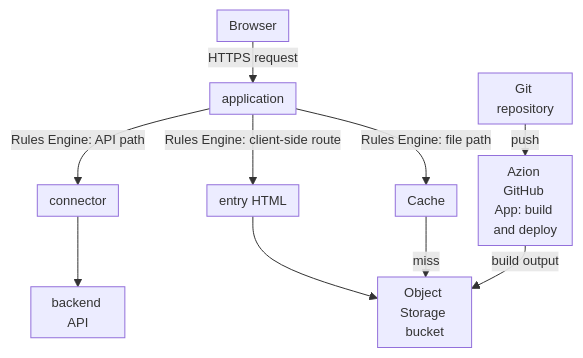
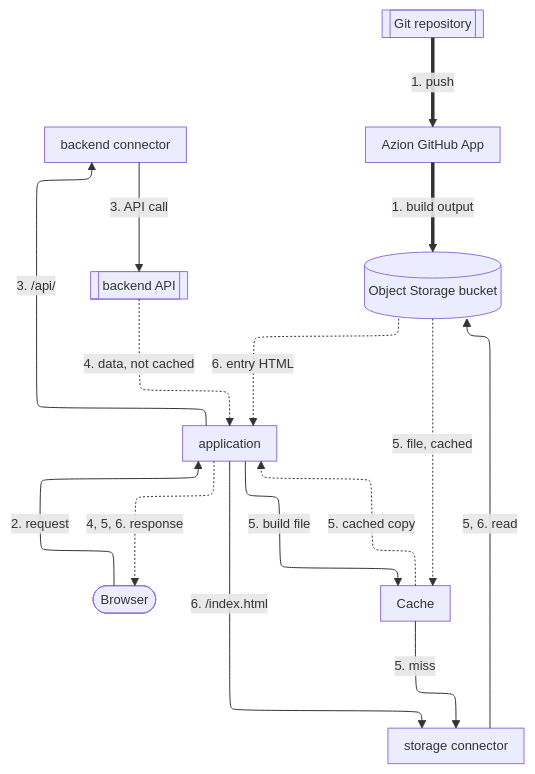
Before and after one commit to aziontech/docs: the diagram in apps/docs/src/content/docs/en/pages/use-cases/build-and-run-applications/deploy-frontend-applications.mdx, drawn with Mermaid. The commit also changed other lines of this file and 55 other files, not shown here.

Commit message:
docs(use-cases): redraw the use-case diagrams with the way back and check their claims (#2509)

````diff
--- a/apps/docs/src/content/docs/en/pages/use-cases/build-and-run-applications/deploy-frontend-applications.mdx
+++ b/apps/docs/src/content/docs/en/pages/use-cases/build-and-run-applications/deploy-frontend-applications.mdx
@@ -40,13 +42,27 @@
 ```mermaid
-%%{init: {"layout": "dagre", "themeVariables": {"fontSize": "13px"}, "flowchart": {"nodeSpacing": 12, "rankSpacing": 12, "padding": 6, "wrappingWidth": 70, "minNodeWidth": 40, "useMaxWidth": true}}}%%
+%%{init: {"layout": "elk", "elk": {"cycleBreakingStrategy": "MODEL_ORDER"}, "themeVariables": {"fontSize": "13px"}, "flowchart": {"nodeSpacing": 24, "rankSpacing": 36, "padding": 8, "wrappingWidth": 150, "useMaxWidth": true}, "sequence": {"width": 120, "actorMargin": 30, "useMaxWidth": true}}}%%
 flowchart TD
-  Repo["Git repository"] -->|"push"| GH["Azion GitHub App: build and deploy"]
-  GH -->|"build output"| Bucket["Object Storage bucket"]
-  Browser["Browser"] -->|"HTTPS request"| App["application"]
-  App -->|"Rules Engine: API path"| Conn["connector"]
-  Conn --> API["backend API"]
-  App -->|"Rules Engine: file path"| Cache["Cache"]
-  Cache -->|"miss"| Bucket
-  App -->|"Rules Engine: client-side route"| Index["entry HTML"]
-  Index --> Bucket
+  Browser(["Browser"])
+  App["application"]
+  Cache["Cache"]
+  Conn["backend connector"]
+  SConn["storage connector"]
+  API[["backend API"]]
+  Repo[["Git repository"]]
+  GH["Azion GitHub App"]
+  Bucket[("Object Storage bucket")]
+  Browser -->|"2. request"| App
+  App -->|"3. /api/"| Conn
+  Conn -->|"3. API call"| API
+  App -->|"5. build file"| Cache
+  Cache -->|"5. miss"| SConn
+  App -->|"6. /index.html"| SConn
+  SConn -->|"5, 6. read"| Bucket
+  API -.->|"4. data, not cached"| App
+  Bucket -.->|"5. file, cached"| Cache
+  Cache -.->|"5. cached copy"| App
+  Bucket -.->|"6. entry HTML"| App
+  App -.->|"4, 5, 6. response"| Browser
+  Repo ==>|"1. push"| GH
+  GH ==>|"1. build output"| Bucket
 ```
````
